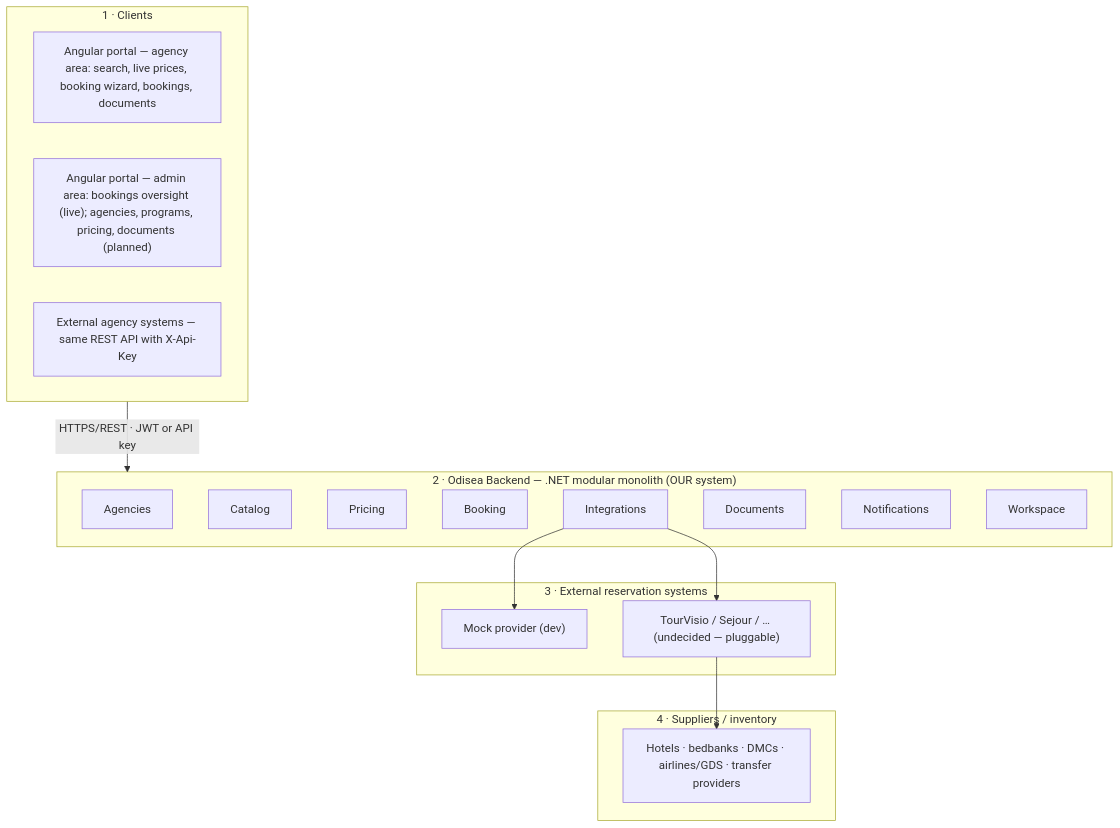
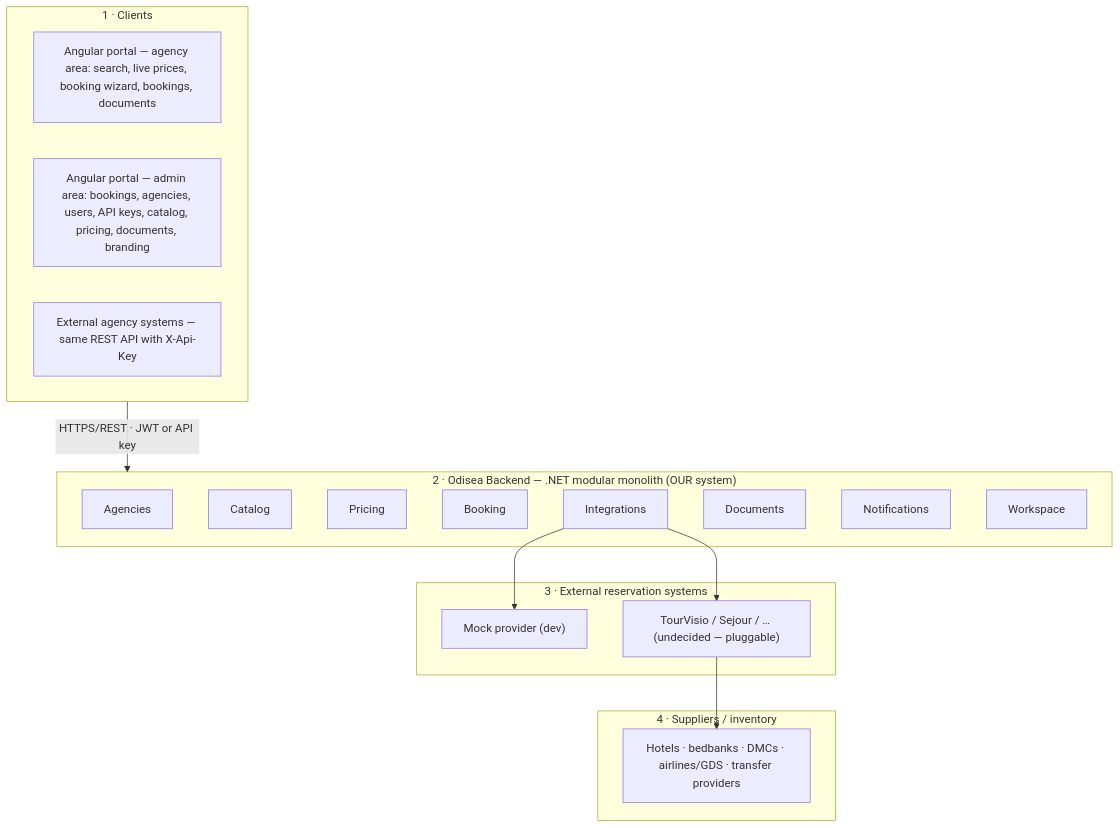
The diagram in docs/ARCHITECTURE.md (odisea-network/odisea), drawn with Mermaid before and after one commit. The commit also changed other lines of this file and 20 other files, not shown here.

First line of the commit message:
feat(portal): admin documents, company profile and invoice issuance

````diff
--- a/docs/ARCHITECTURE.md
+++ b/docs/ARCHITECTURE.md
@@ -11,29 +11,29 @@
 ```mermaid
 flowchart TB
     subgraph T1["1 · Clients"]
         agency["Angular portal — agency area: search, live prices, booking wizard, bookings, documents"]
-        admin["Angular portal — admin area: bookings oversight (live); agencies, programs, pricing, documents (planned)"]
+        admin["Angular portal — admin area: bookings, agencies, users, API keys, catalog, pricing, documents, branding"]
         partner["External agency systems — same REST API with X-Api-Key"]
     end
     subgraph T2["2 · Odisea Backend — .NET modular monolith (OUR system)"]
         AG[Agencies]
         CAT[Catalog]
         PRC[Pricing]
         BKG[Booking]
         INT[Integrations]
         DOC[Documents]
         NTF[Notifications]
         WSP[Workspace]
     end
     subgraph T3["3 · External reservation systems"]
         MOCK["Mock provider (dev)"]
         TV["TourVisio / Sejour / … (undecided — pluggable)"]
     end
     subgraph T4["4 · Suppliers / inventory"]
         SUP["Hotels · bedbanks · DMCs · airlines/GDS · transfer providers"]
     end
     T1 -->|HTTPS/REST · JWT or API key| T2
     INT --> MOCK
     INT --> TV
     TV --> SUP
 ```
````
